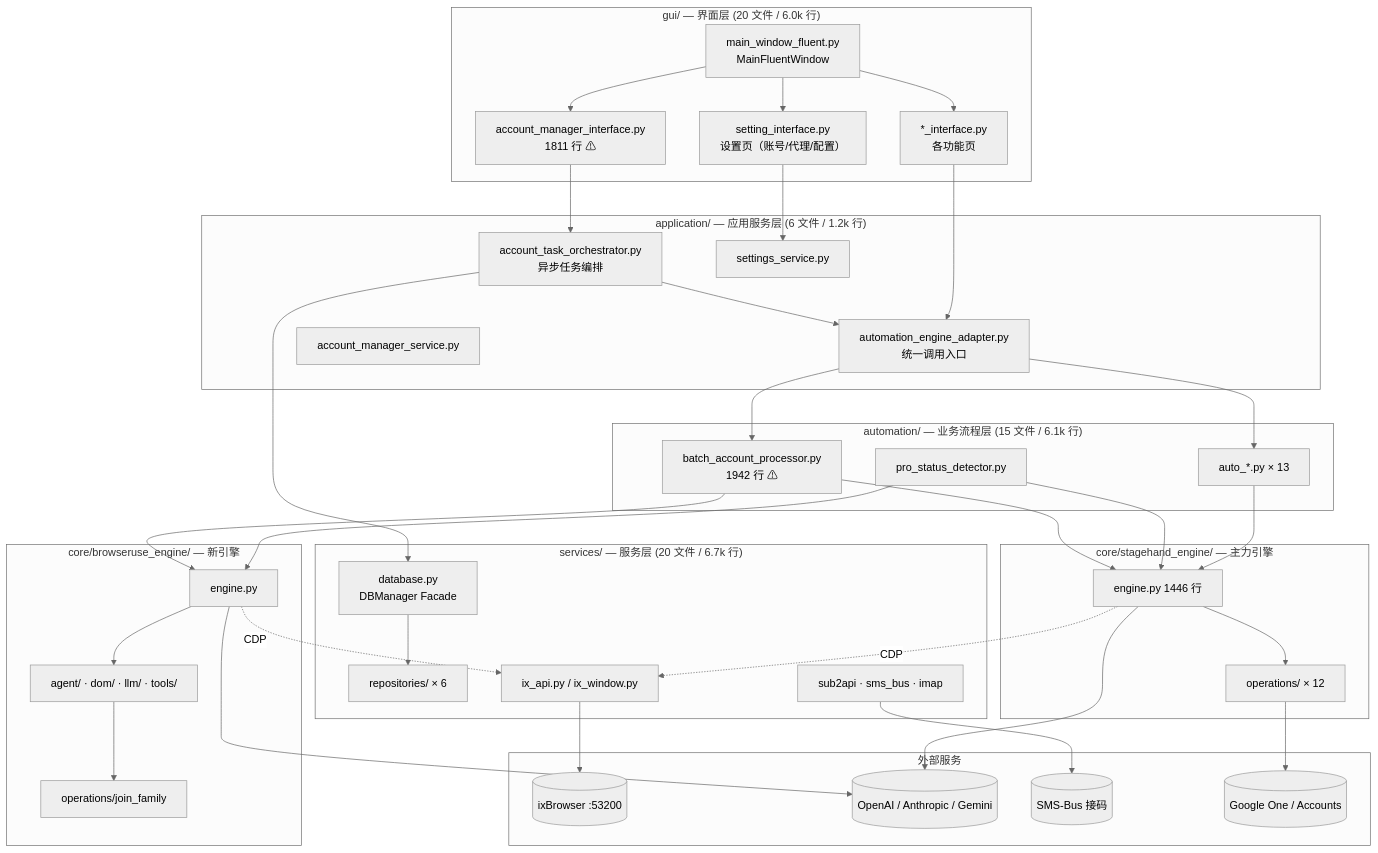
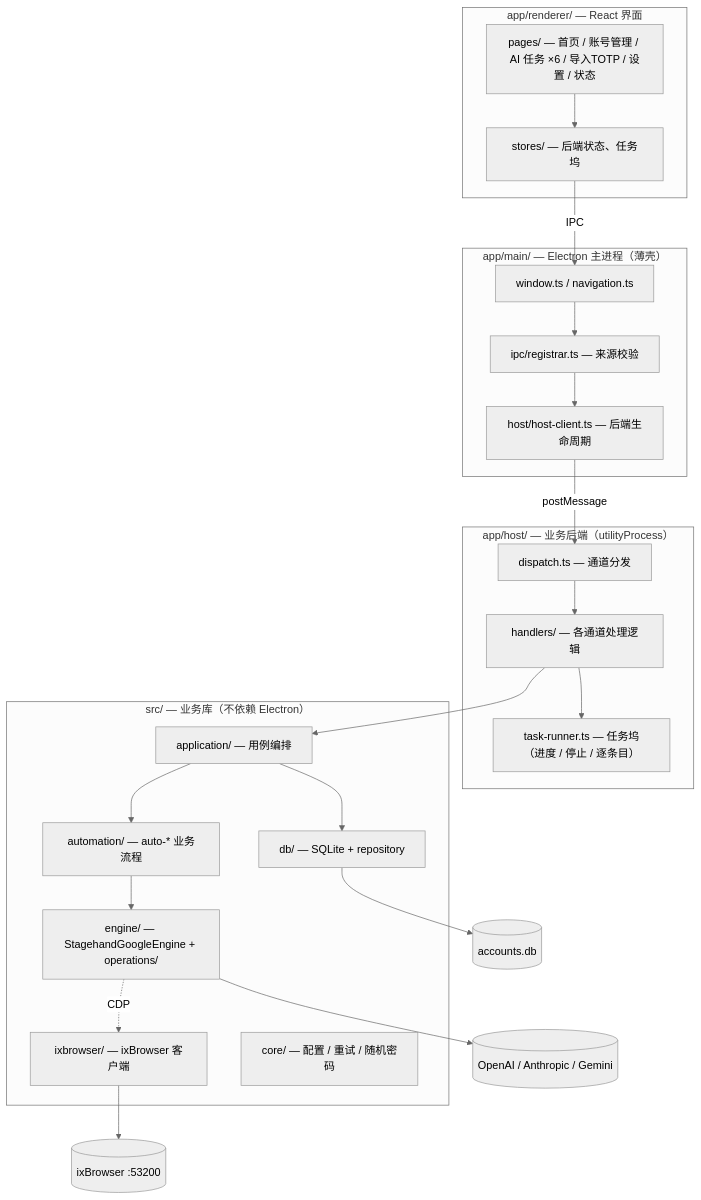
The diagram in CLAUDE.md (onerentop/auto_bitbrowser), drawn with Mermaid (neutral theme) before and after one commit. The commit also changed other lines of this file and 167 other files, not shown here.

````diff
--- a/CLAUDE.md
+++ b/CLAUDE.md
@@ -63,62 +70,41 @@
 ```mermaid
 graph TB
-    subgraph L1["gui/ — 界面层 (20 文件 / 6.0k 行)"]
-        MWF["main_window_fluent.py<br/>MainFluentWindow"]
-        AMI["account_manager_interface.py<br/>1811 行 ⚠"]
-        SET["setting_interface.py<br/>设置页（账号/代理/配置）"]
-        FEAT["*_interface.py<br/>各功能页"]
+    subgraph R["app/renderer/ — React 界面"]
+        PAGES["pages/ — 首页 / 账号管理 / AI 任务 ×6 / 导入TOTP / 设置 / 状态"]
+        STORES["stores/ — 后端状态、任务坞"]
     end
 
-    subgraph L2["application/ — 应用服务层 (6 文件 / 1.2k 行)"]
-        ATO["account_task_orchestrator.py<br/>异步任务编排"]
-        AEA["automation_engine_adapter.py<br/>统一调用入口"]
-        AMS["account_manager_service.py"]
-        SS["settings_service.py"]
+    subgraph M["app/main/ — Electron 主进程（薄壳）"]
+        WIN["window.ts / navigation.ts"]
+        HOSTC["host/host-client.ts — 后端生命周期"]
+        IPC["ipc/registrar.ts — 来源校验"]
     end
 
-    subgraph L3["automation/ — 业务流程层 (15 文件 / 6.1k 行)"]
-        BAP["batch_account_processor.py<br/>1942 行 ⚠"]
-        PSD["pro_status_detector.py"]
-        AUTO["auto_*.py × 13"]
+    subgraph H["app/host/ — 业务后端（utilityProcess）"]
+        DISP["dispatch.ts — 通道分发"]
+        TR["task-runner.ts — 任务坞（进度 / 停止 / 逐条目）"]
+        HANDLERS["handlers/ — 各通道处理逻辑"]
     end
 
-    subgraph L4A["core/stagehand_engine/ — 主力引擎"]
-        SE["engine.py 1446 行"]
-        OPS["operations/ × 12"]
+    subgraph LIB["src/ — 业务库（不依赖 Electron）"]
+        ENG["engine/ — StagehandGoogleEngine + operations/"]
+        AUTO["automation/ — auto-* 业务流程"]
+        APP["application/ — 用例编排"]
+        DB["db/ — SQLite + repository"]
+        IX["ixbrowser/ — ixBrowser 客户端"]
+        CORE["core/ — 配置 / 重试 / 随机密码"]
     end
 
-    subgraph L4B["core/browseruse_engine/ — 新引擎"]
-        BE["engine.py"]
-        AG["agent/ · dom/ · llm/ · tools/"]
-        BOPS["operations/join_family"]
-    end
+    IXB[("ixBrowser :53200")]
+    LLM[("OpenAI / Anthropic / Gemini")]
+    SQL[("accounts.db")]
 
-    subgraph L5["services/ — 服务层 (20 文件 / 6.7k 行)"]
-        DB["database.py<br/>DBManager Facade"]
-        REPO["repositories/ × 6"]
-        IXA["ix_api.py / ix_window.py"]
-        EXT["sub2api · sms_bus · imap"]
-    end
-
-    subgraph EXTSVC["外部服务"]
-        IXB[("ixBrowser :53200")]
-        LLM[("OpenAI / Anthropic / Gemini")]
-        SID[("SMS-Bus 接码")]
-        GOOG[("Google One / Accounts")]
-    end
-
-    MWF --> AMI & SET & FEAT
-    AMI --> ATO --> AEA --> BAP & AUTO
-    FEAT --> AEA
-    SET --> SS
-    BAP --> SE & BE
-    PSD --> SE & BE
-    AUTO --> SE
-    SE --> OPS --> GOOG
-    BE --> AG --> BOPS
-    SE & BE -.CDP.-> IXA --> IXB
-    SE & BE --> LLM
-    DB --> REPO
-    EXT --> SID
-    ATO --> DB
+    PAGES --> STORES -->|IPC| WIN
+    WIN --> IPC --> HOSTC
+    HOSTC -->|postMessage| DISP
+    DISP --> HANDLERS --> TR
+    HANDLERS --> APP --> AUTO --> ENG
+    APP --> DB --> SQL
+    ENG -.CDP.-> IX --> IXB
+    ENG --> LLM
 ```
````
